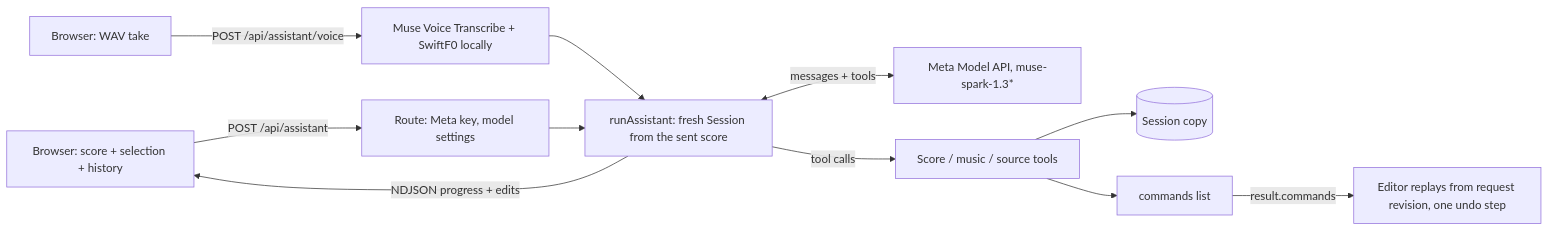
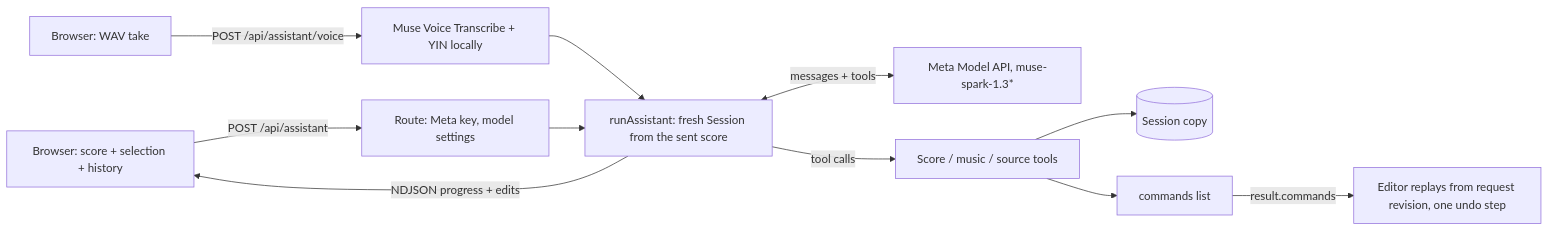
The diagram in docs/research/agent-architecture-review.md (danieloquelis/amanuensis-ai), drawn with Mermaid before and after one commit. The commit also changed other lines of this file and 193 other files, not shown here.

First line of the commit message:
Remove the SwiftF0 pitch model: pitch is YIN only, no pretrained models

````diff
--- a/docs/research/agent-architecture-review.md
+++ b/docs/research/agent-architecture-review.md
@@ -39,13 +39,13 @@
 ```mermaid
 flowchart LR
   B[Browser: score + selection + history] -->|POST /api/assistant| R[Route: Meta key, model settings]
-  V[Browser: WAV take] -->|POST /api/assistant/voice| H[Muse Voice Transcribe + SwiftF0 locally]
+  V[Browser: WAV take] -->|POST /api/assistant/voice| H[Muse Voice Transcribe + YIN locally]
   H --> RA
   R --> RA[runAssistant: fresh Session from the sent score]
   RA <-->|messages + tools| M[Meta Model API, muse-spark-1.3*]
   RA -->|tool calls| G[Score / music / source tools]
   G --> S[(Session copy)]
   G --> C[commands list]
   RA -->|NDJSON progress + edits| B
   C -->|result.commands| E[Editor replays from request revision, one undo step]
 ```
````
